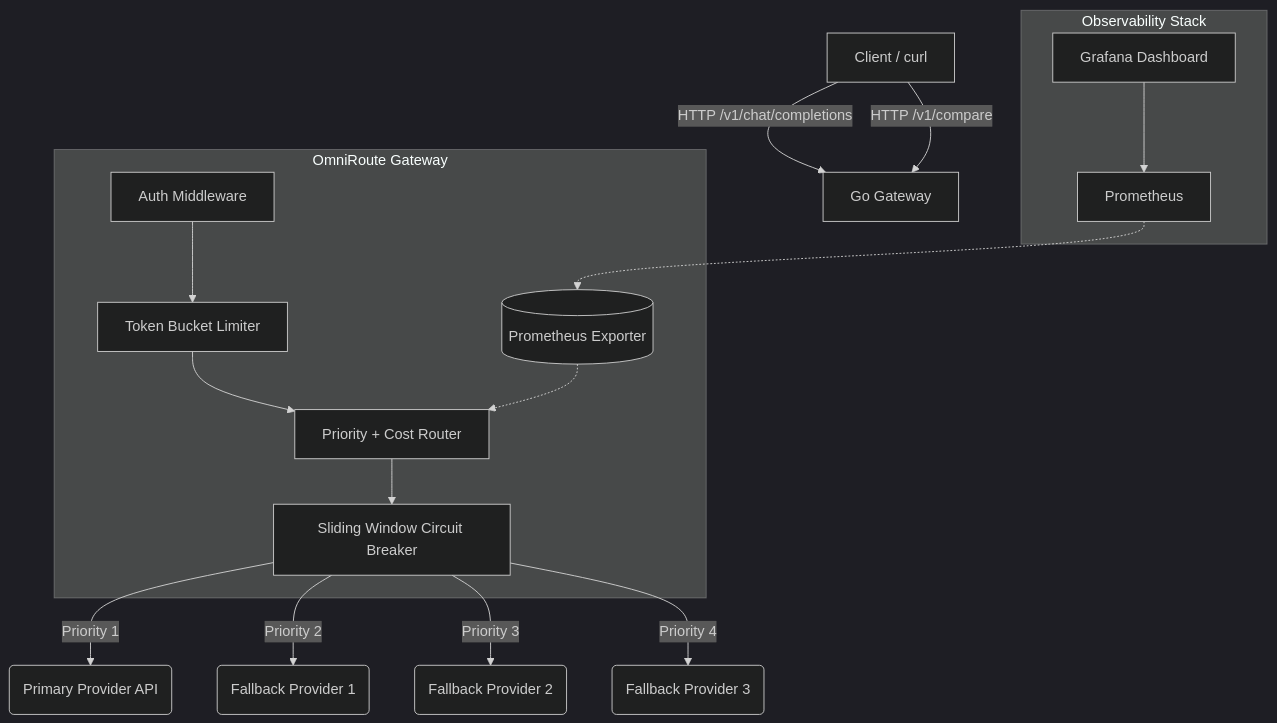
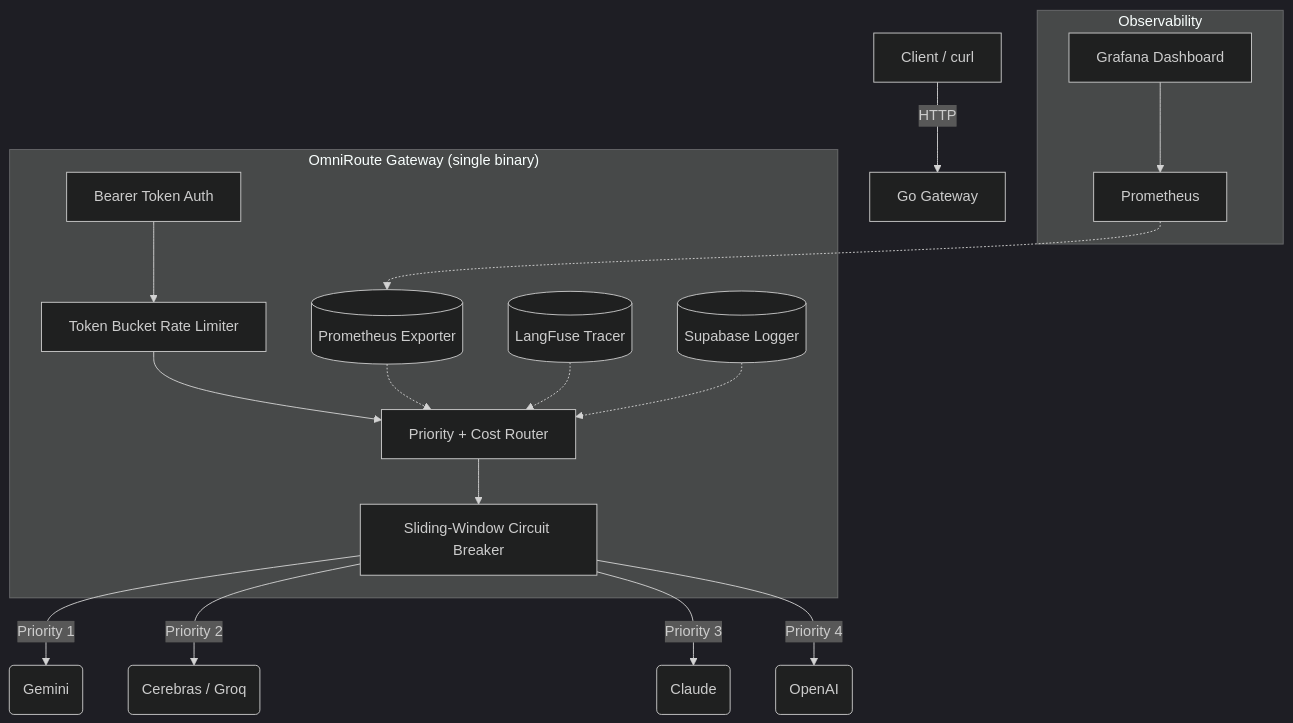
Before and after one commit to nikhilsaxena04/OmniRoute-Multi-Provider-LLM-Gateway: the diagram in README.md, drawn with Mermaid (dark theme). The commit also changed other lines of this file and 1 other file, not shown here.

````diff
--- a/README.md
+++ b/README.md
@@ -33,23 +56,24 @@
 ```mermaid
 graph TD
-    Client[Client / curl] -->|HTTP /v1/chat/completions| GW[Go Gateway]
-    Client -->|HTTP /v1/compare| GW
+    Client[Client / curl] -->|HTTP| GW[Go Gateway]
     
-    subgraph OmniRoute_Gateway [OmniRoute Gateway]
-        Auth[Auth Middleware] --> RateLimiter[Token Bucket Limiter]
-        RateLimiter --> Router[Priority + Cost Router]
-        Router --> CB[Sliding Window Circuit Breaker]
+    subgraph Gateway["OmniRoute Gateway (single binary)"]
+        Auth[Bearer Token Auth] --> RL[Token Bucket Rate Limiter]
+        RL --> Router[Priority + Cost Router]
+        Router --> CB[Sliding-Window Circuit Breaker]
         
         Metrics[(Prometheus Exporter)] -.-> Router
+        LF[(LangFuse Tracer)] -.-> Router
+        SB[(Supabase Logger)] -.-> Router
     end
     
-    CB -->|Priority 1| API_1(Primary Provider API)
-    CB -->|Priority 2| API_2(Fallback Provider 1)
-    CB -->|Priority 3| API_3(Fallback Provider 2)
-    CB -->|Priority 4| API_4(Fallback Provider 3)
+    CB -->|Priority 1| P1(Gemini)
+    CB -->|Priority 2| P2(Cerebras / Groq)
+    CB -->|Priority 3| P3(Claude)
+    CB -->|Priority 4| P4(OpenAI)
     
-    subgraph Observability_Stack [Observability Stack]
+    subgraph Observability
         Prom[Prometheus] -.-> Metrics
         Grafana[Grafana Dashboard] --> Prom
     end
 ```
````
